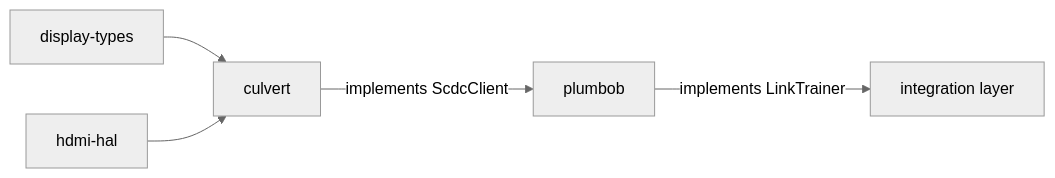
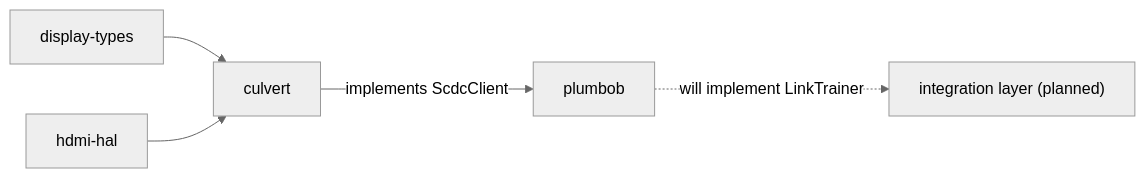
Before and after one commit to DracoWhitefire/culvert: the diagram in README.md, drawn with Mermaid (neutral theme).

Commit message:
Mark the LinkTrainer edge as planned

````diff
--- a/README.md
+++ b/README.md
@@ -117,13 +117,13 @@
 ```mermaid
 flowchart LR
     dt["display-types"]
     hal["hdmi-hal"]
     culvert["culvert"]
     plumbob["plumbob"]
-    integration["integration layer"]
+    integration["integration layer (planned)"]
 
     dt --> culvert
     hal --> culvert
     culvert -->|"implements ScdcClient"| plumbob
-    plumbob -->|"implements LinkTrainer"| integration
+    plumbob -.->|"will implement LinkTrainer"| integration
 ```
````
